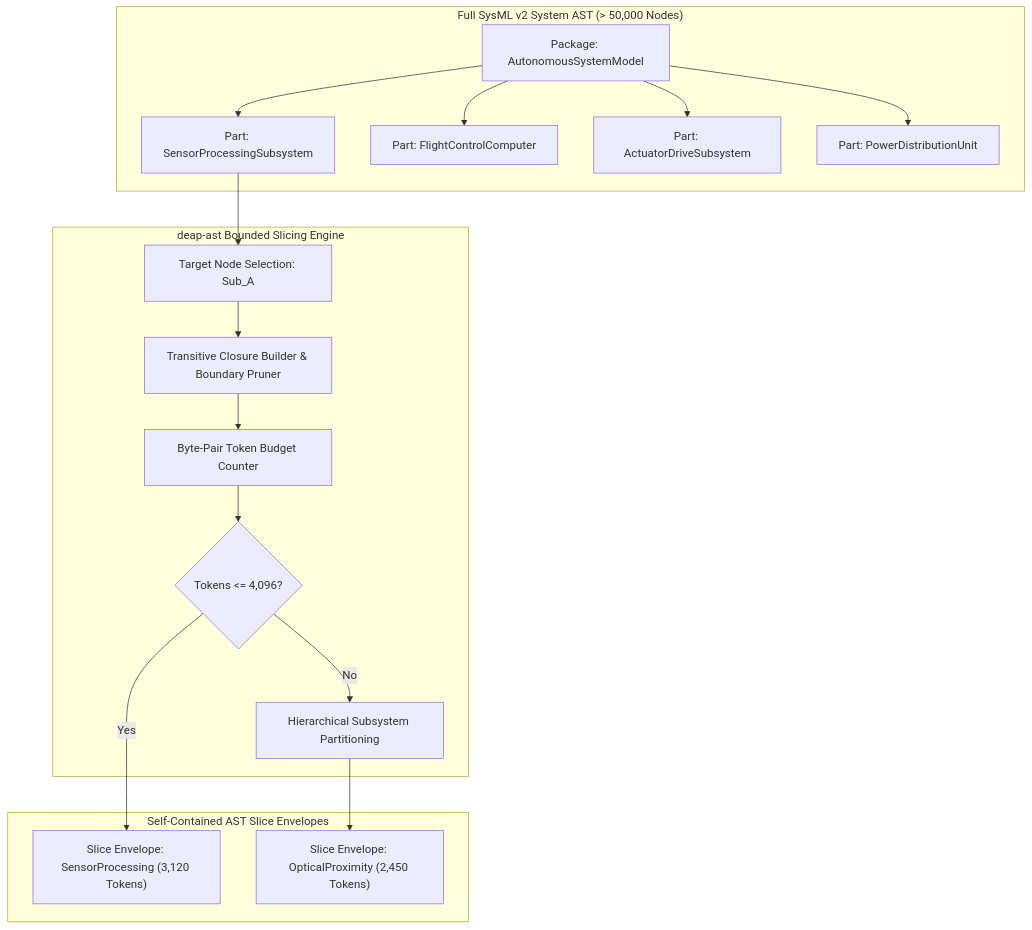
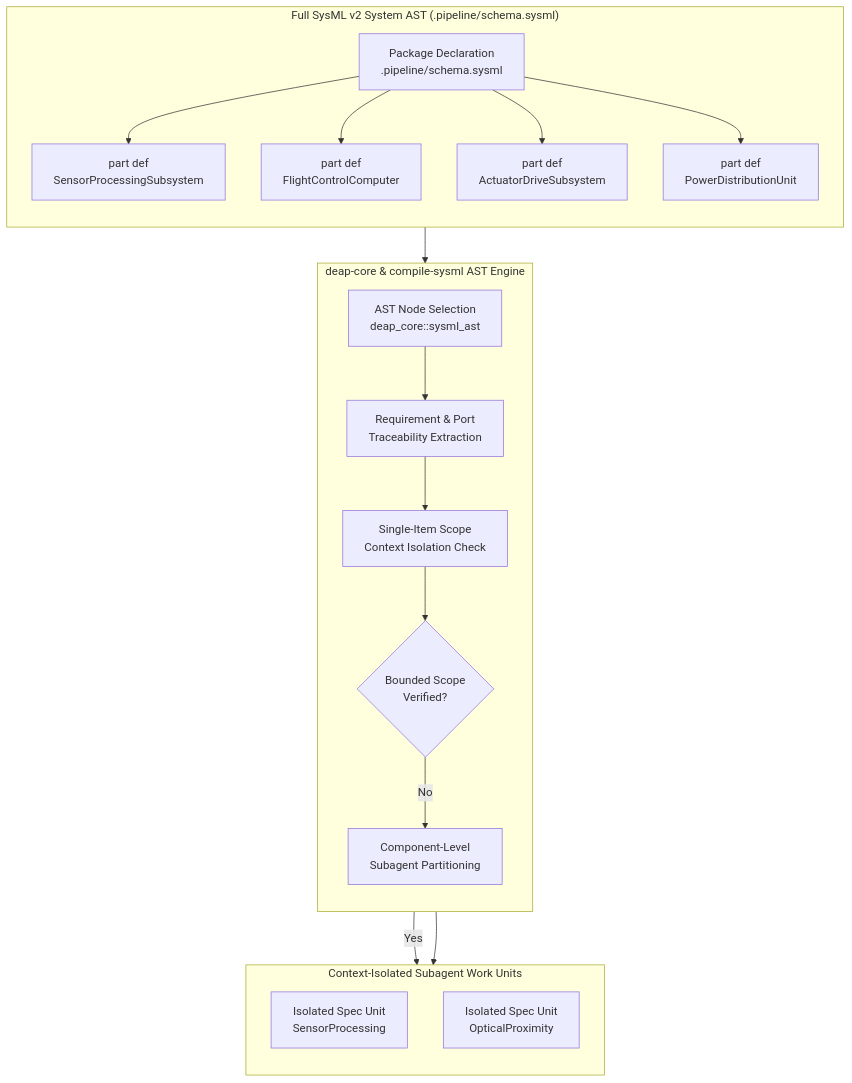
Before and after one commit to gintatkinson/DEAP01-spec-core: diagram 16 of 19 in docs/architecture/blueprints/MULTI_PROVIDER_GITLAB_INFRASTRUCTURE_ARCHITECTURE.md, drawn with Mermaid. The commit also changed other lines of this file and 28 other files, not shown here.

Commit message:
feat(verify-baseline,deap-core,compile-sysml): implement Option C blueprint capabilities and Check 37 blueprint grounding gate

````diff
--- a/docs/architecture/blueprints/MULTI_PROVIDER_GITLAB_INFRASTRUCTURE_ARCHITECTURE.md
+++ b/docs/architecture/blueprints/MULTI_PROVIDER_GITLAB_INFRASTRUCTURE_ARCHITECTURE.md
@@ -1406,36 +1281,39 @@
 ```mermaid
 flowchart TD
-    subgraph Full_AST ["Full SysML v2 System AST (&gt; 50,000 Nodes)"]
-        Sys_Root["Package: AutonomousSystemModel"]
-        Sub_A["Part: SensorProcessingSubsystem"]
-        Sub_B["Part: FlightControlComputer"]
-        Sub_C["Part: ActuatorDriveSubsystem"]
-        Sub_D["Part: PowerDistributionUnit"]
+    subgraph Full_AST ["Full SysML v2 System AST (.pipeline/schema.sysml)"]
+        direction TB
+        Sys_Root["Package Declaration<br/>.pipeline/schema.sysml"]
+        Sub_A["part def<br/>SensorProcessingSubsystem"]
+        Sub_B["part def<br/>FlightControlComputer"]
+        Sub_C["part def<br/>ActuatorDriveSubsystem"]
+        Sub_D["part def<br/>PowerDistributionUnit"]
     end
 
-    subgraph Slicer_Engine ["deap-ast Bounded Slicing Engine"]
-        Target_Selector["Target Node Selection: Sub_A"]
-        Closure_Builder["Transitive Closure Builder & Boundary Pruner"]
-        Token_Counter["Byte-Pair Token Budget Counter"]
-        Budget_Check{"Tokens &lt;= 4,096?"}
-        Hierarchical_Split["Hierarchical Subsystem Partitioning"]
+    subgraph Slicer_Engine ["deap-core & compile-sysml AST Engine"]
+        direction TB
+        Target_Selector["AST Node Selection<br/>deap_core::sysml_ast"]
+        Closure_Builder["Requirement & Port<br/>Traceability Extraction"]
+        Token_Counter["Single-Item Scope<br/>Context Isolation Check"]
+        Budget_Check{"Bounded Scope<br/>Verified?"}
+        Hierarchical_Split["Component-Level<br/>Subagent Partitioning"]
     end
 
-    subgraph Sliced_Envelopes ["Self-Contained AST Slice Envelopes"]
-        Slice_1["Slice Envelope: SensorProcessing (3,120 Tokens)"]
-        Slice_2["Slice Envelope: OpticalProximity (2,450 Tokens)"]
+    subgraph Sliced_Envelopes ["Context-Isolated Subagent Work Units"]
+        direction TB
+        Slice_1["Isolated Spec Unit<br/>SensorProcessing"]
+        Slice_2["Isolated Spec Unit<br/>OpticalProximity"]
     end
 
     Sys_Root --> Sub_A
     Sys_Root --> Sub_B
     Sys_Root --> Sub_C
     Sys_Root --> Sub_D
 
     Sub_A --> Target_Selector
     Target_Selector --> Closure_Builder
     Closure_Builder --> Token_Counter
     Token_Counter --> Budget_Check
-    Budget_Check -- Yes --> Slice_1
-    Budget_Check -- No --> Hierarchical_Split
+    Budget_Check -->|Yes| Slice_1
+    Budget_Check -->|No| Hierarchical_Split
     Hierarchical_Split --> Slice_2
 ```
````
